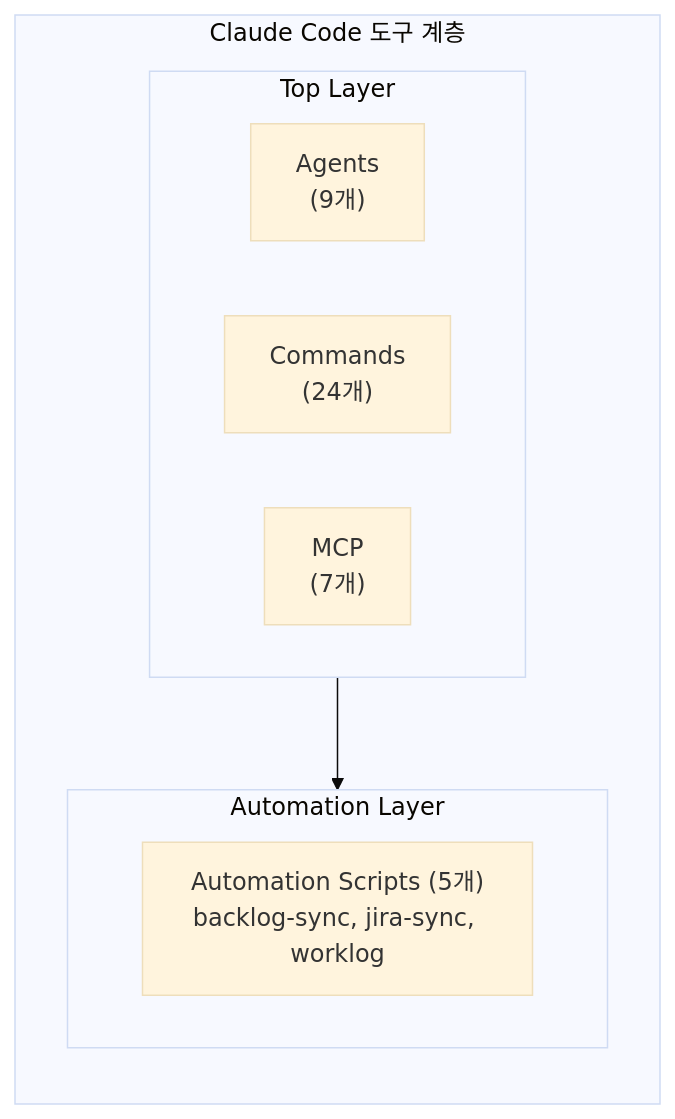
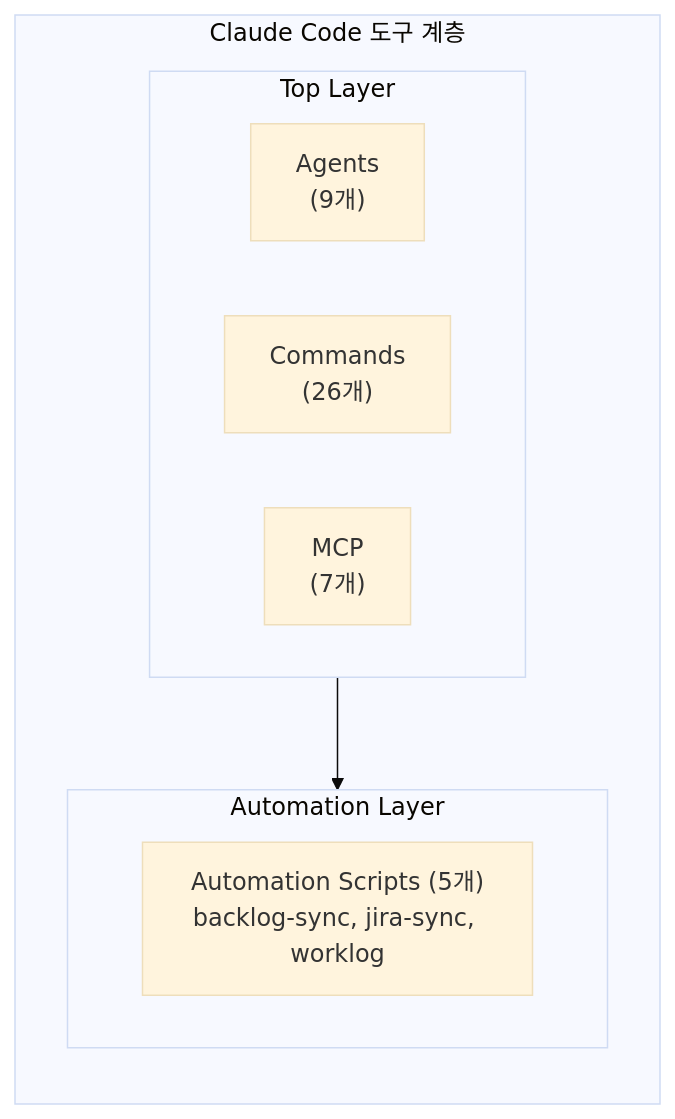
Before and after one commit to k82022603/hybrid-rag-knowledge-ops: the diagram in docs/03_도구_가이드.md, drawn with Mermaid (base theme). The commit also changed other lines of this file and 61 other files, not shown here.

````diff
--- a/docs/03_도구_가이드.md
+++ b/docs/03_도구_가이드.md
@@ -30,19 +30,19 @@
 ```mermaid
 flowchart TB
     subgraph Tools["Claude Code 도구 계층"]
         direction TB
 
         subgraph TopLayer["Top Layer"]
             direction LR
             Agents["Agents<br/>(9개)"]
-            Commands["Commands<br/>(24개)"]
+            Commands["Commands<br/>(26개)"]
             MCP["MCP<br/>(7개)"]
         end
 
         subgraph AutoLayer["Automation Layer"]
             Scripts["Automation Scripts (5개)<br/>backlog-sync, jira-sync, worklog"]
         end
 
         TopLayer --> AutoLayer
     end
 ```
````
